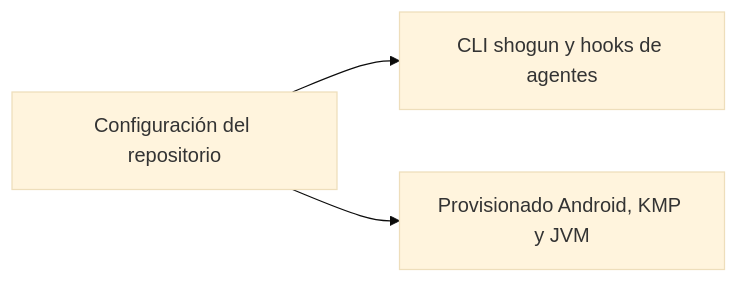
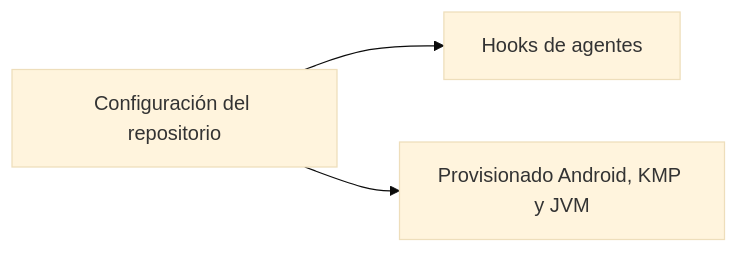
The diagram in docs/roadmap.es.md (LuxionServer/ShogunAi), drawn with Mermaid (base theme) before and after one commit. The commit also changed other lines of this file and 47 other files, not shown here.

````diff
--- a/docs/roadmap.es.md
+++ b/docs/roadmap.es.md
@@ -17,5 +17,5 @@
 ```mermaid
 graph LR
-    A["Configuración del repositorio"] --> B["CLI shogun y hooks de agentes"]
+    A["Configuración del repositorio"] --> B["Hooks de agentes"]
     A --> D["Provisionado Android, KMP y JVM"]
 ```
````
